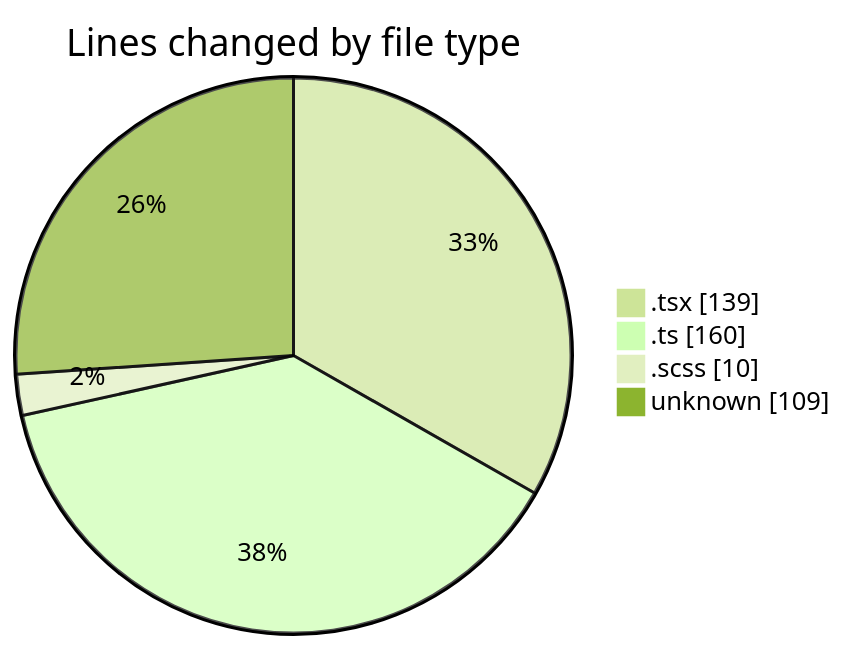
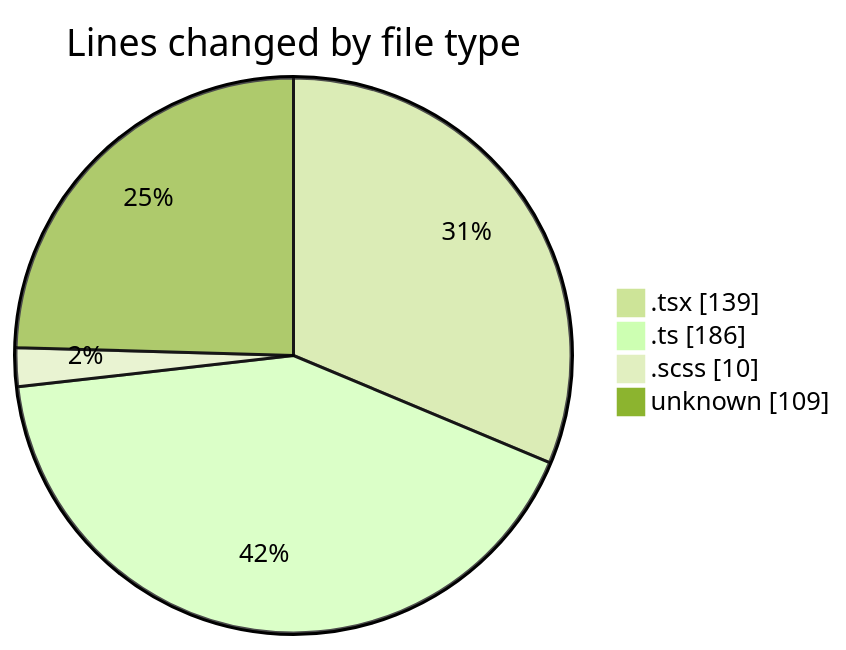
The first of 2 diagrams in 2026-04-15/cda/README.md (momahboobian/code-tracking), drawn with Mermaid (forest theme) before and after one commit. The commit also changed other lines of this file and 1 other file, not shown here.

````diff
--- a/2026-04-15/cda/README.md
+++ b/2026-04-15/cda/README.md
@@ -29,8 +29,8 @@
 ```mermaid
 pie showData
 title Lines changed by file type
 ".tsx" : 139
-".ts" : 160
+".ts" : 186
 ".scss" : 10
 "unknown" : 109
 ```
````
